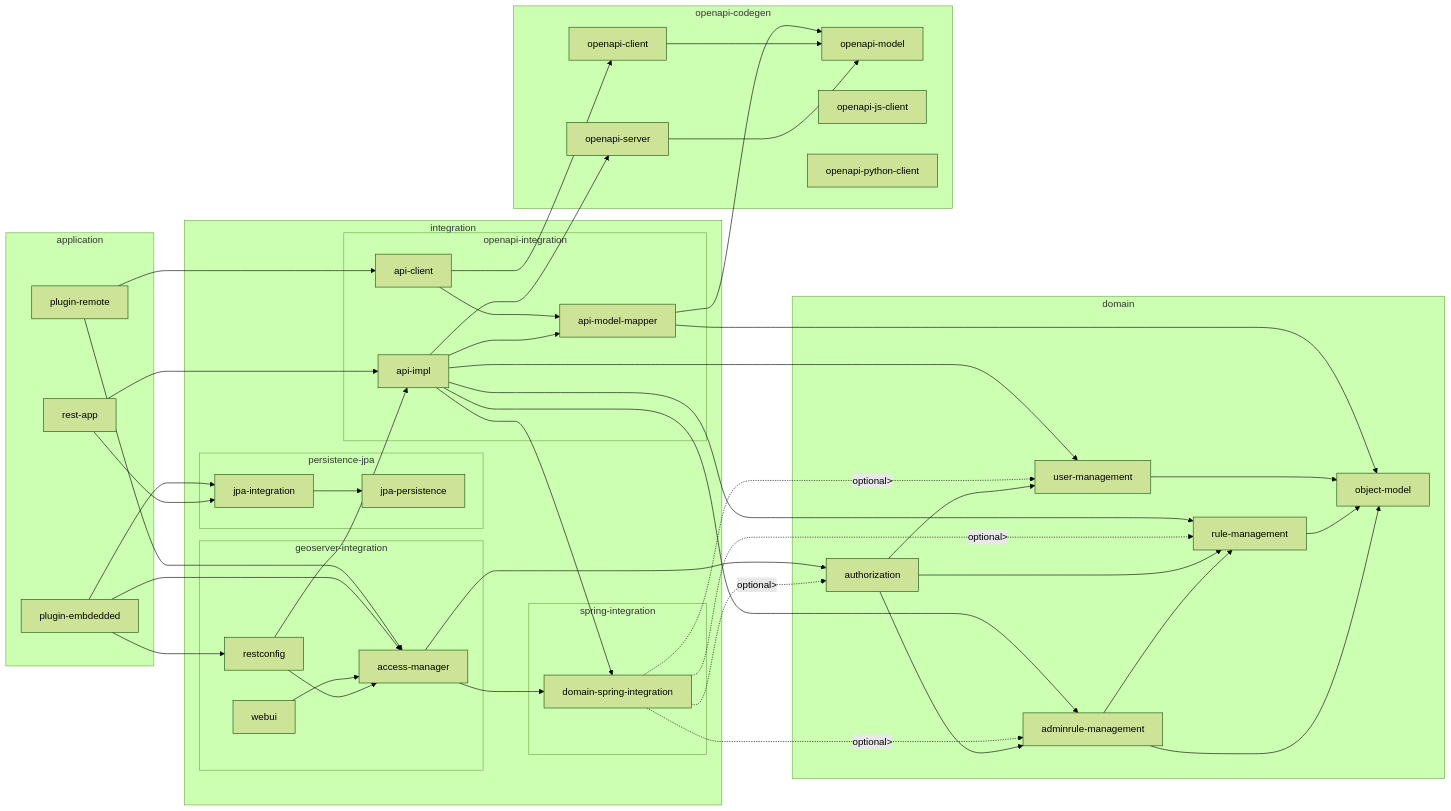
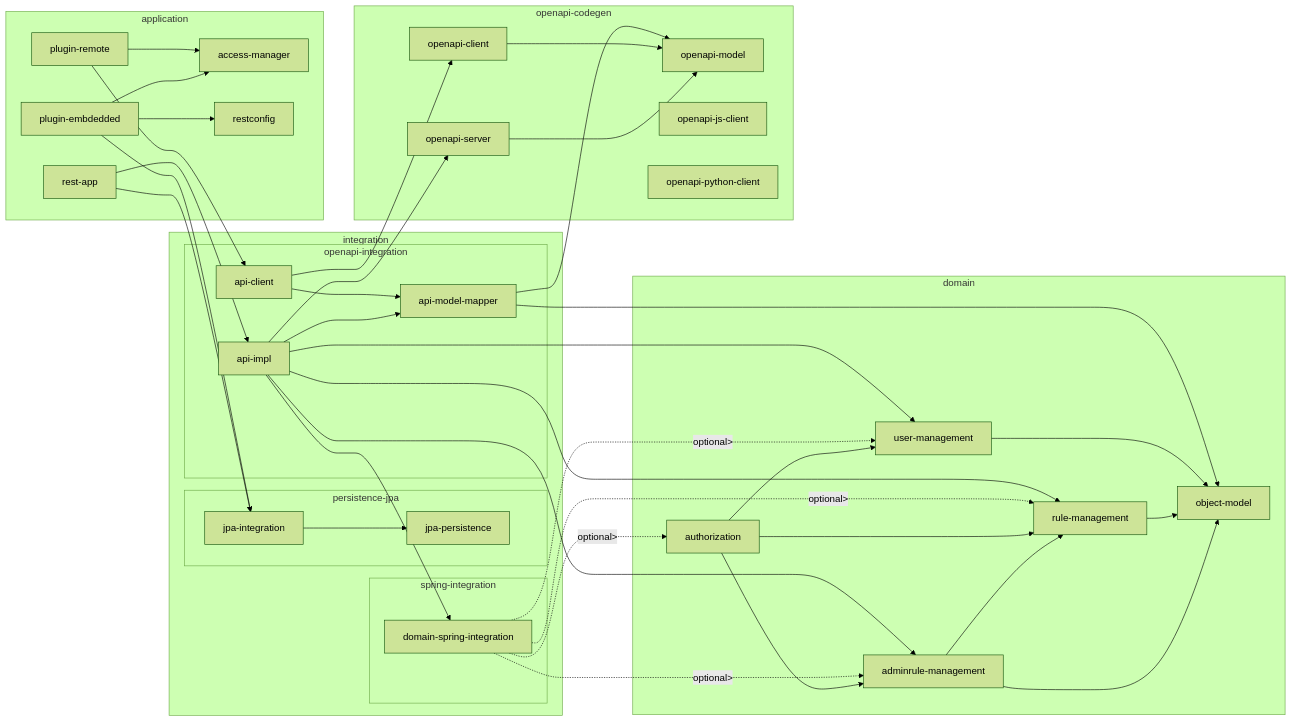
One commit to groldan/geofence changed the diagram in src/README.md. Above: the diagram before and after it, drawn with Mermaid (forest theme). The commit also changed 22 other files, not shown here.

````diff
--- a/src/README.md
+++ b/src/README.md
@@ -5,39 +5,33 @@
 ```mermaid
 flowchart LR
   subgraph domain
     adminrule-management --> object-model & rule-management
     authorization --> adminrule-management & user-management & rule-management
     rule-management --> object-model
     user-management --> object-model
   end
   subgraph openapi-codegen
     openapi-server --> openapi-model
     openapi-client --> openapi-model
     openapi-js-client
     openapi-python-client
   end
   subgraph integration
     subgraph persistence-jpa
         jpa-integration --> jpa-persistence
     end
     subgraph spring-integration
         domain-spring-integration -. optional> .-> rule-management & adminrule-management & user-management & authorization
     end
     subgraph openapi-integration
         api-model-mapper --> object-model & openapi-model
         api-impl --> api-model-mapper & openapi-server & domain-spring-integration & rule-management & adminrule-management & user-management
         api-client --> api-model-mapper & openapi-client
     end
-    subgraph geoserver-integration
-        access-manager --> 
-          domain-spring-integration & authorization
-        restconfig --> api-impl & access-manager
-        webui --> access-manager
-    end
   end
   subgraph application
     rest-app --> api-impl & jpa-integration
     plugin-embdedded --> jpa-integration & access-manager & restconfig
     plugin-remote --> api-client & access-manager
   end
 ```
````
